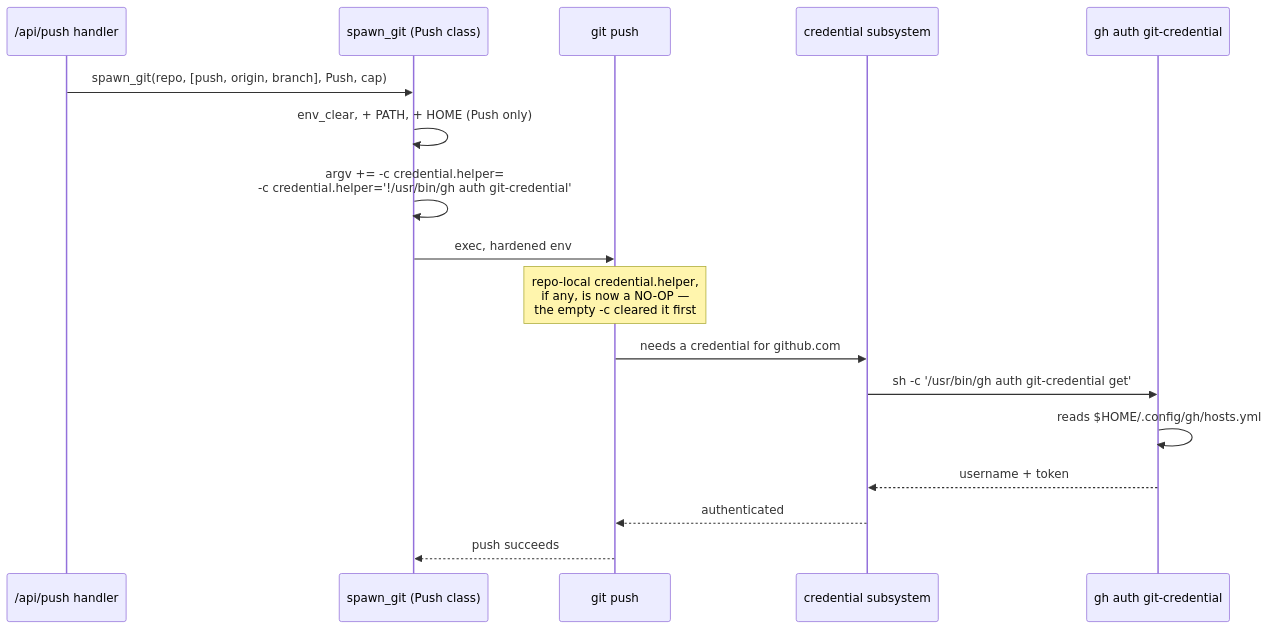
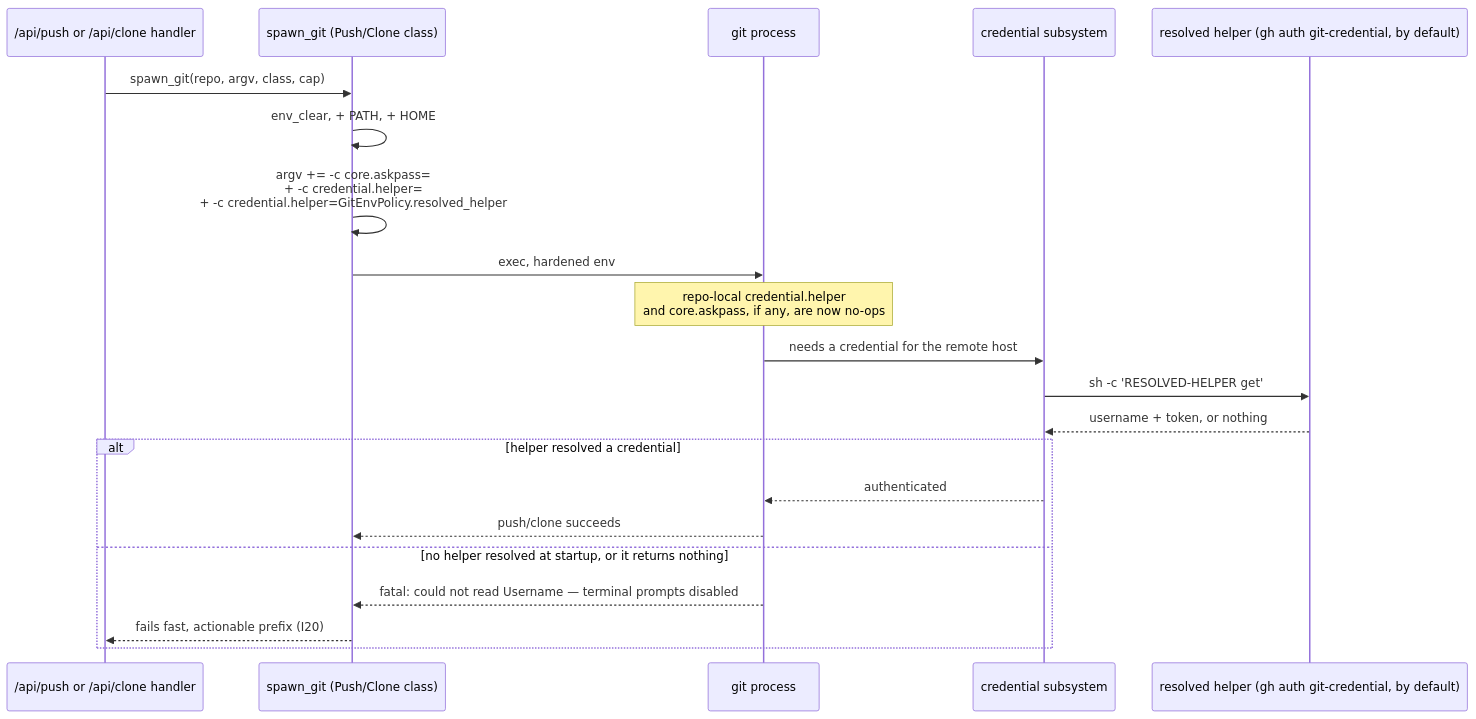
Before and after one commit to tom2025b/git-vista: the fifth of 6 diagrams in docs/superpowers/specs/2026-07-27-m1.13-git-process-policy-design.md, drawn with Mermaid. The commit also changed other lines of this file, not shown here.

Commit message:
wip(#66): design v2 — revision against round-1 refutation (not yet settled)

````diff
--- a/docs/superpowers/specs/2026-07-27-m1.13-git-process-policy-design.md
+++ b/docs/superpowers/specs/2026-07-27-m1.13-git-process-policy-design.md
@@ -505,19 +802,23 @@
 ```mermaid
 sequenceDiagram
-    participant H as /api/push handler
-    participant SG as spawn_git (Push class)
-    participant G as git push
+    participant H as /api/push or /api/clone handler
+    participant SG as spawn_git (Push/Clone class)
+    participant G as git process
     participant C as credential subsystem
-    participant GH as gh auth git-credential
-    H->>SG: spawn_git(repo, [push, origin, branch], Push, cap)
-    SG->>SG: env_clear, + PATH, + HOME (Push only)
-    SG->>SG: argv += -c credential.helper=<br/>-c credential.helper='!/usr/bin/gh auth git-credential'
+    participant GH as resolved helper (gh auth git-credential, by default)
+    H->>SG: spawn_git(repo, argv, class, cap)
+    SG->>SG: env_clear, + PATH, + HOME
+    SG->>SG: argv += -c core.askpass=<br/>+ -c credential.helper=<br/>+ -c credential.helper=GitEnvPolicy.resolved_helper
     SG->>G: exec, hardened env
-    Note over G: repo-local credential.helper,<br/>if any, is now a NO-OP —<br/>the empty -c cleared it first
-    G->>C: needs a credential for github.com
-    C->>GH: sh -c '/usr/bin/gh auth git-credential get'
-    GH->>GH: reads $HOME/.config/gh/hosts.yml
-    GH-->>C: username + token
-    C-->>G: authenticated
-    G-->>SG: push succeeds
+    Note over G: repo-local credential.helper<br/>and core.askpass, if any, are now no-ops
+    G->>C: needs a credential for the remote host
+    C->>GH: sh -c 'RESOLVED-HELPER get'
+    GH-->>C: username + token, or nothing
+    alt helper resolved a credential
+        C-->>G: authenticated
+        G-->>SG: push/clone succeeds
+    else no helper resolved at startup, or it returns nothing
+        G-->>SG: fatal: could not read Username — terminal prompts disabled
+        SG-->>H: fails fast, actionable prefix (I20)
+    end
 ```
````
